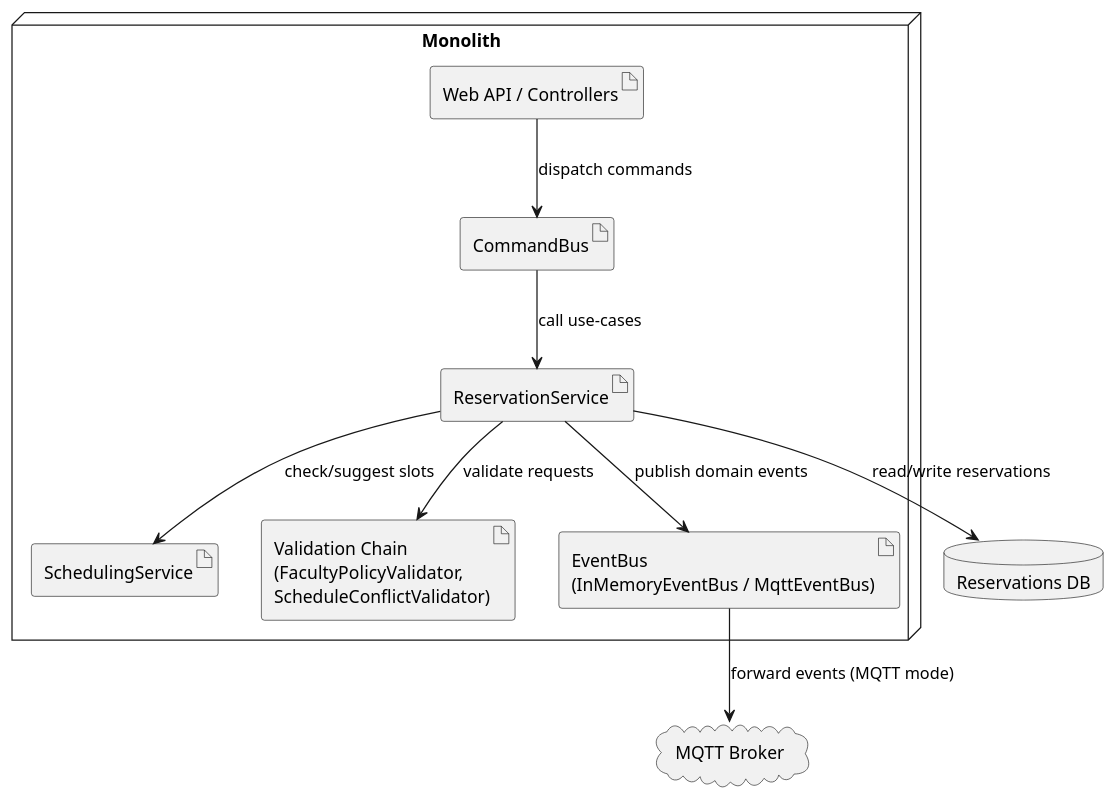
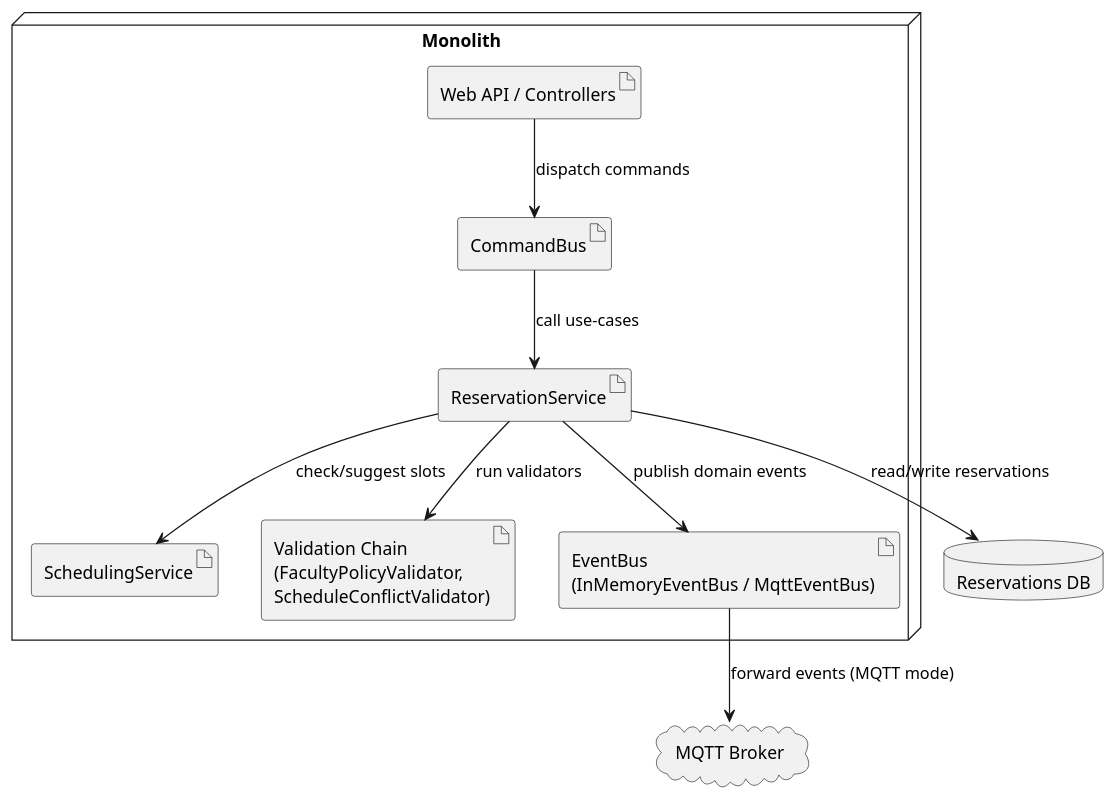
Before and after one commit to mmswflow-upb/sdt-proj: the diagram in diagrams/monolith/deployment.puml, drawn with PlantUML. The commit also changed 11 other files, not shown here.

Commit message:
readme finished and diagrams added

```diff
--- a/diagrams/monolith/deployment.puml
+++ b/diagrams/monolith/deployment.puml
@@ -1,27 +1,27 @@
 @startuml Monolith_Deployment
 
 skinparam nodeStyle rectangle
 skinparam databaseStyle cylinder
 
 node "Monolith" as MonolithApp {
 
   artifact "Web API / Controllers" as WebApi
   artifact "CommandBus" as CommandBus
   artifact "ReservationService" as ReservationService
   artifact "SchedulingService" as SchedulingService
   artifact "Validation Chain\n(FacultyPolicyValidator,\nScheduleConflictValidator)" as Validation
   artifact "EventBus\n(InMemoryEventBus / MqttEventBus)" as EventBus
 }
 
 database "Reservations DB" as ReservationsDB
 cloud "MQTT Broker" as MqttBroker
 
-WebApi          --> CommandBus       : dispatch commands
-CommandBus      --> ReservationService : call use-cases
-ReservationService --> Validation    : validate requests
+WebApi          --> CommandBus          : dispatch commands
+CommandBus      --> ReservationService  : call use-cases
+ReservationService --> Validation       : run validators
 ReservationService --> SchedulingService : check/suggest slots
-ReservationService --> ReservationsDB : read/write reservations
-ReservationService --> EventBus      : publish domain events
-EventBus        --> MqttBroker       : forward events (MQTT mode)
+ReservationService --> ReservationsDB   : read/write reservations
+ReservationService --> EventBus         : publish domain events
+EventBus        --> MqttBroker          : forward events (MQTT mode)
 
 @enduml
```
